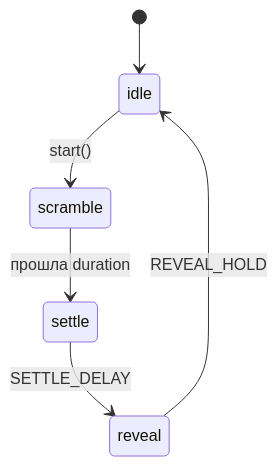
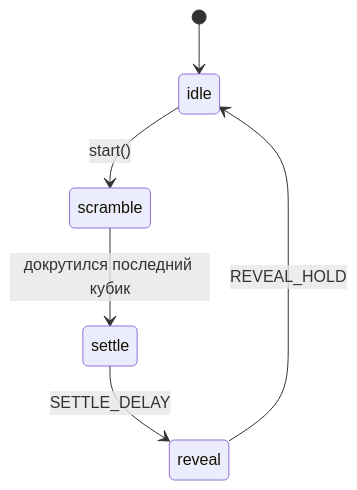
The second of 2 diagrams in dev-wiki/animation-and-gesture.md (Demonkratiy/DnD-Dice-Roll), drawn with Mermaid before and after one commit. The commit also changed other lines of this file and 4 other files, not shown here.

````diff
--- a/dev-wiki/animation-and-gesture.md
+++ b/dev-wiki/animation-and-gesture.md
@@ -98,8 +98,8 @@
 ```mermaid
 stateDiagram-v2
     [*] --> idle
     idle --> scramble: start()
-    scramble --> settle: прошла duration
+    scramble --> settle: докрутился последний кубик
     settle --> reveal: SETTLE_DELAY
     reveal --> idle: REVEAL_HOLD
 ```
````
